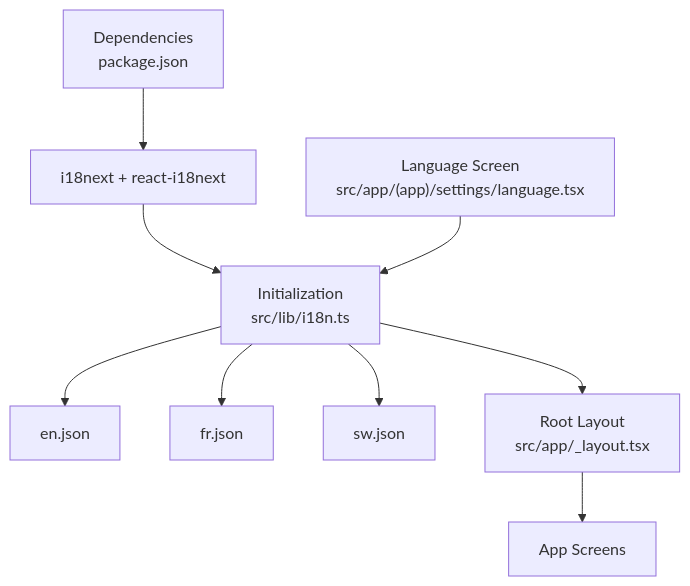
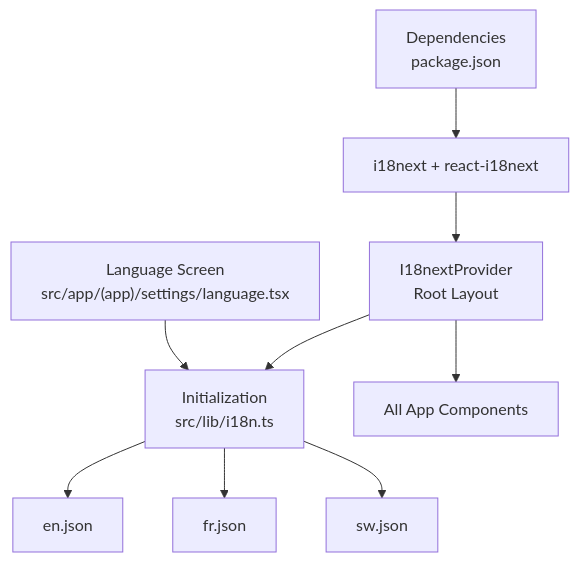
Before and after one commit to AdeelTahir-SE/DermSight: the third of 3 diagrams in .qoder/repowiki/en/content/Internationalization.md, drawn with Mermaid. The commit also changed other lines of this file and 37 other files, not shown here.

````diff
--- a/.qoder/repowiki/en/content/Internationalization.md
+++ b/.qoder/repowiki/en/content/Internationalization.md
@@ -246,11 +274,11 @@
 ```mermaid
 graph TB
 Pkg["Dependencies<br/>package.json"] --> I18nLib["i18next + react-i18next"]
-I18nLib --> Init["Initialization<br/>src/lib/i18n.ts"]
+I18nLib --> Provider["I18nextProvider<br/>Root Layout"]
+Provider --> Init["Initialization<br/>src/lib/i18n.ts"]
 Init --> EN["en.json"]
 Init --> FR["fr.json"]
 Init --> SW["sw.json"]
-Init --> Root["Root Layout<br/>src/app/_layout.tsx"]
-Root --> App["App Screens"]
+Provider --> Components["All App Components"]
 LangUI["Language Screen<br/>src/app/(app)/settings/language.tsx"] --> Init
 ```
````
